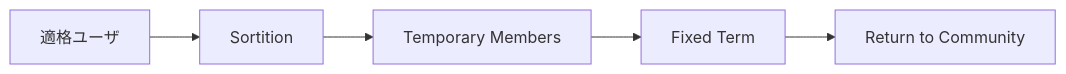
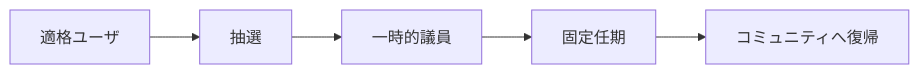
One commit to ShigeichiroYamasaki/creator-first-platform changed the third of 23 diagrams in docs/whitepaper/07-governance.md. Above: the diagram before and after it, drawn with Mermaid. The commit also changed other lines of this file and 72 other files, not shown here.

````diff
--- a/docs/whitepaper/07-governance.md
+++ b/docs/whitepaper/07-governance.md
@@ -144,10 +144,10 @@
 ```mermaid
 flowchart LR
     USERS[適格ユーザ]
-    SELECT[Sortition]
-    MEMBERS[Temporary Members]
-    TERM[Fixed Term]
-    RETURN[Return to Community]
+    SELECT[抽選]
+    MEMBERS[一時的議員]
+    TERM[固定任期]
+    RETURN[コミュニティへ復帰]
 
     USERS --> SELECT --> MEMBERS --> TERM --> RETURN
 ```
````
